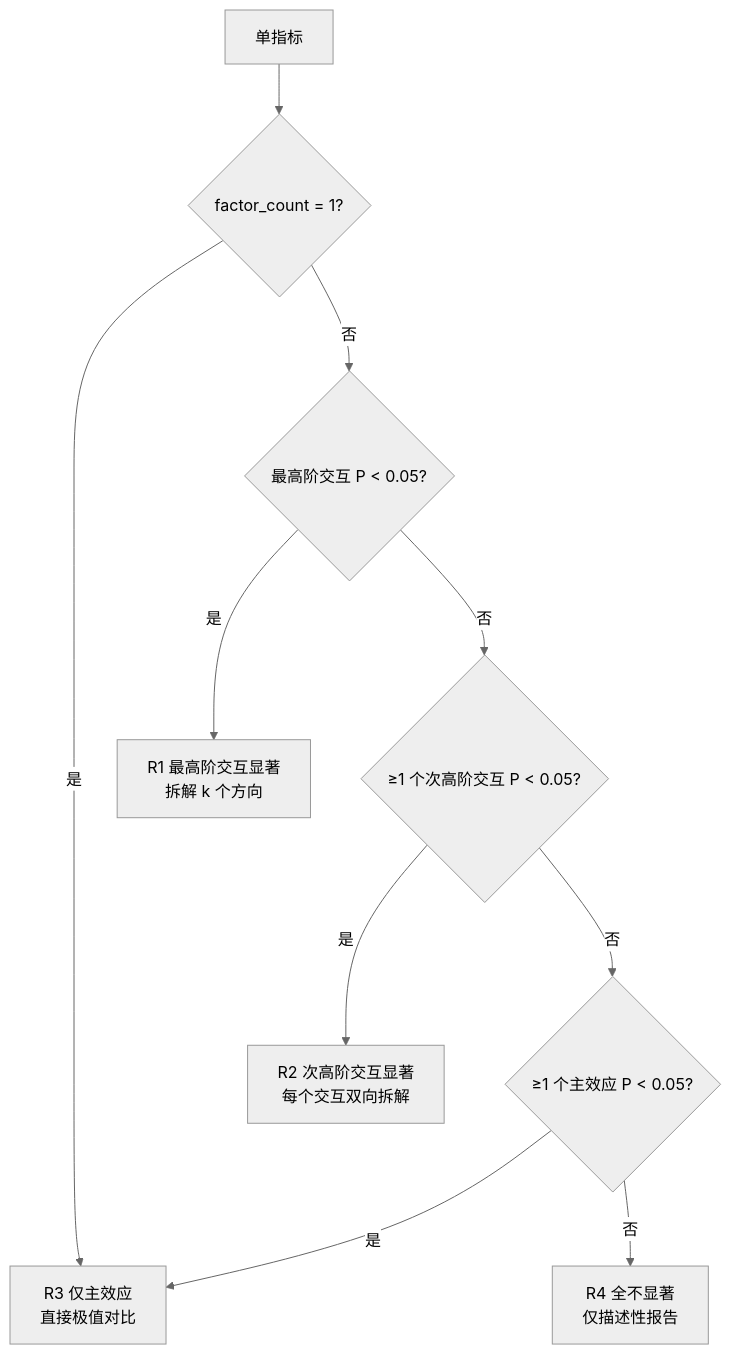
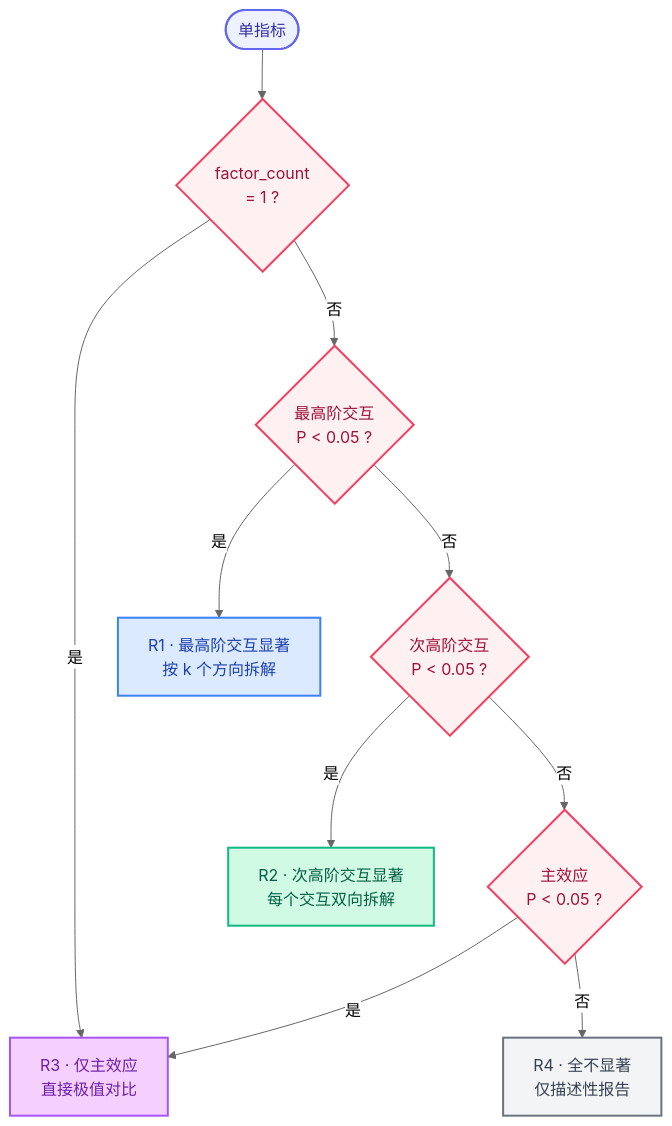
Before and after one commit to xiaojjo/Three-Factor-Results-Writer: the diagram in README.md, drawn with Mermaid (neutral theme). The commit also changed other lines of this file, not shown here.

````diff
--- a/README.md
+++ b/README.md
@@ -81,12 +75,19 @@
 ```mermaid
 flowchart TD
-    START[单指标] --> Q0{factor_count = 1?}
-    Q0 -->|是| R3[R3 仅主效应<br>直接极值对比]
-    Q0 -->|否| Q1{最高阶交互 P < 0.05?}
-    Q1 -->|是| R1[R1 最高阶交互显著<br>拆解 k 个方向]
-    Q1 -->|否| Q2{≥1 个次高阶交互 P < 0.05?}
-    Q2 -->|是| R2[R2 次高阶交互显著<br>每个交互双向拆解]
-    Q2 -->|否| Q3{≥1 个主效应 P < 0.05?}
-    Q3 -->|是| R3
-    Q3 -->|否| R4[R4 全不显著<br>仅描述性报告]
+    A(["单指标"]):::start --> B{"factor_count<br>= 1 ?"}:::decide
+    B -- 是 --> R3["R3 · 仅主效应<br>直接极值对比"]:::r3
+    B -- 否 --> C{"最高阶交互<br>P &lt; 0.05 ?"}:::decide
+    C -- 是 --> R1["R1 · 最高阶交互显著<br>按 k 个方向拆解"]:::r1
+    C -- 否 --> D{"次高阶交互<br>P &lt; 0.05 ?"}:::decide
+    D -- 是 --> R2["R2 · 次高阶交互显著<br>每个交互双向拆解"]:::r2
+    D -- 否 --> E{"主效应<br>P &lt; 0.05 ?"}:::decide
+    E -- 是 --> R3
+    E -- 否 --> R4["R4 · 全不显著<br>仅描述性报告"]:::r4
+
+    classDef start fill:#eef2ff,stroke:#6366f1,stroke-width:2px,color:#3730a3
+    classDef decide fill:#fff1f2,stroke:#f43f5e,stroke-width:2px,color:#9f1239
+    classDef r1 fill:#dbeafe,stroke:#3b82f6,stroke-width:2px,color:#1e40af
+    classDef r2 fill:#d1fae5,stroke:#10b981,stroke-width:2px,color:#065f46
+    classDef r3 fill:#f5d0fe,stroke:#a855f7,stroke-width:2px,color:#6b21a8
+    classDef r4 fill:#f3f4f6,stroke:#6b7280,stroke-width:2px,color:#374151
 ```
````
